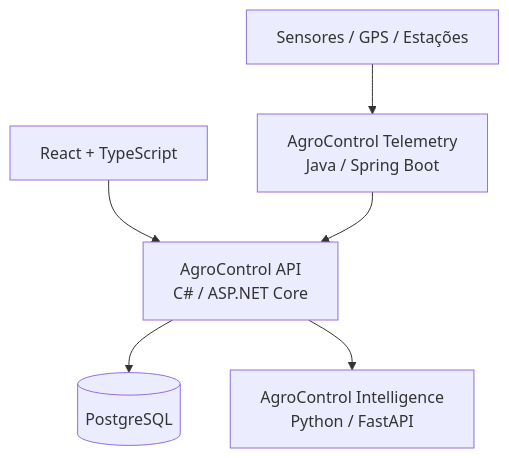
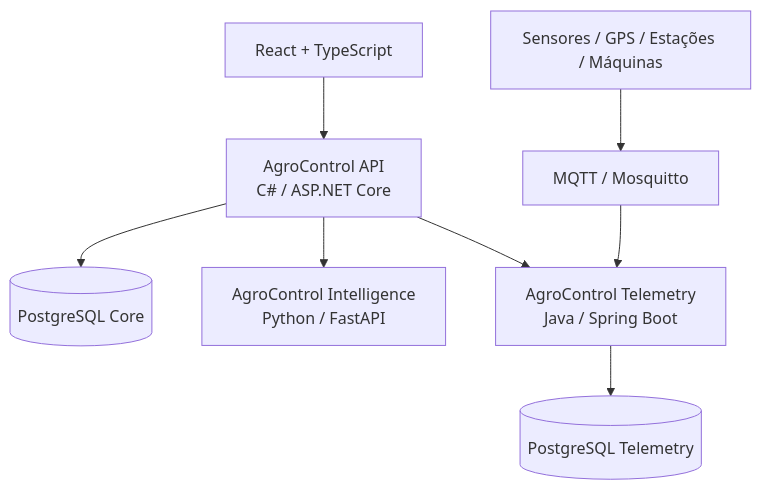
Before and after one commit to M4rc3low/AgroControl: the diagram in README.md, drawn with Mermaid. The commit also changed other lines of this file, not shown here.

Commit message:
docs: update README for AgroControl Telemetry

````diff
--- a/README.md
+++ b/README.md
@@ -43,8 +42,10 @@
 ```mermaid
 flowchart TB
     UI[React + TypeScript] --> API[AgroControl API\nC# / ASP.NET Core]
-    API --> DB[(PostgreSQL)]
+    API --> DB[(PostgreSQL Core)]
     API --> AI[AgroControl Intelligence\nPython / FastAPI]
-    TEL[AgroControl Telemetry\nJava / Spring Boot] --> API
-    SENSORS[Sensores / GPS / Estações] --> TEL
+    API --> TEL[AgroControl Telemetry\nJava / Spring Boot]
+    TEL --> TDB[(PostgreSQL Telemetry)]
+    SENSORS[Sensores / GPS / Estações / Máquinas] --> MQTT[MQTT / Mosquitto]
+    MQTT --> TEL
 ```
````
